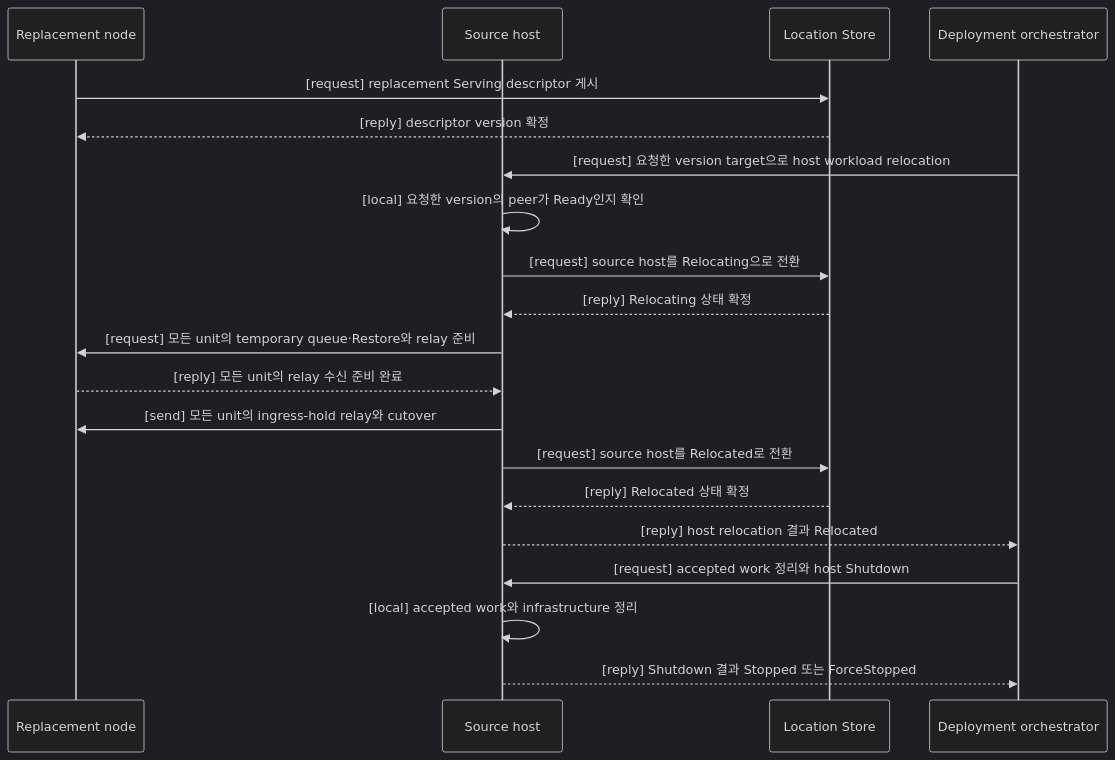
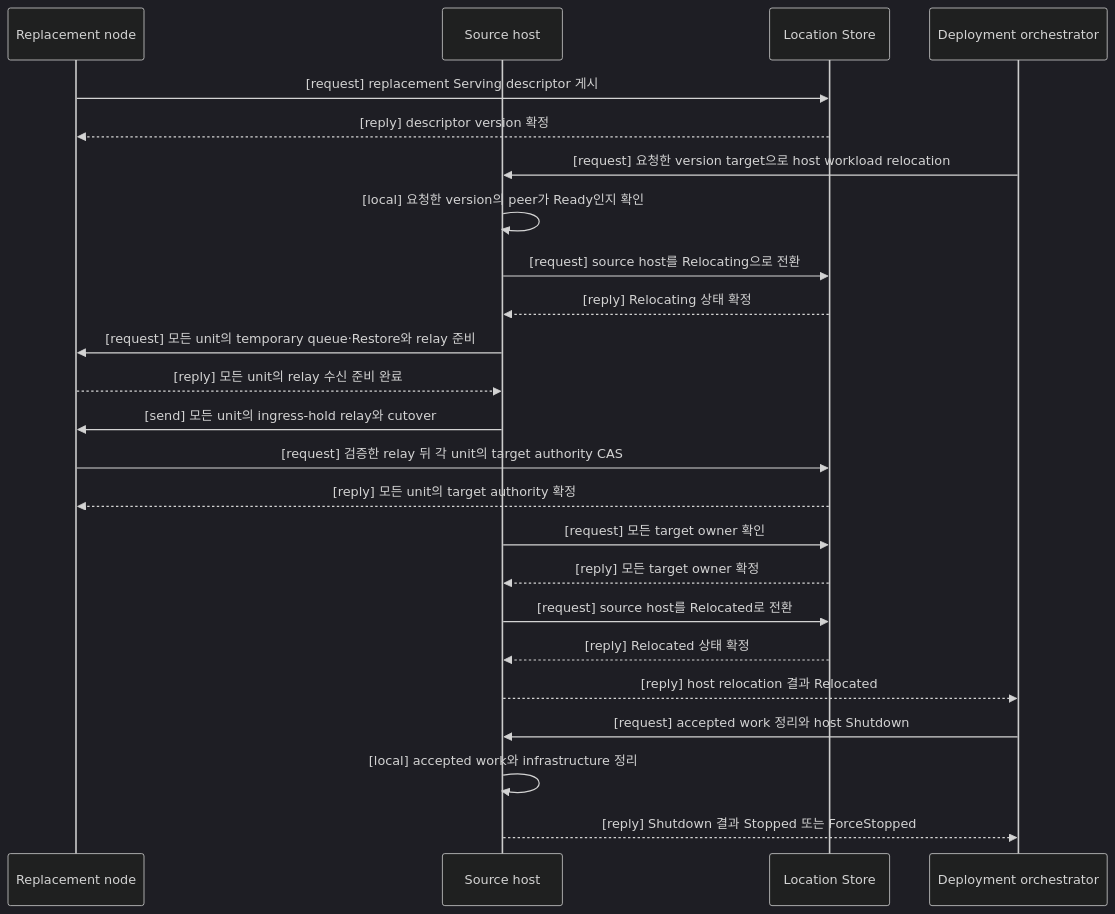
The second of 3 diagrams in framework/doc/framework/common/spec/server/05-location-relocation/05-host-relocation-flow.ko.md (zlink-systems/zlink), drawn with Mermaid (dark theme) before and after one commit. The commit also changed other lines of this file and 73 other files, not shown here.

````diff
--- a/framework/doc/framework/common/spec/server/05-location-relocation/05-host-relocation-flow.ko.md
+++ b/framework/doc/framework/common/spec/server/05-location-relocation/05-host-relocation-flow.ko.md
@@ -310,23 +306,27 @@
 ```mermaid
 sequenceDiagram
     participant Target as Replacement node
     participant Source as Source host
     participant Store as Location Store
     participant App as Deployment orchestrator
 
     Target->>Store: [request] replacement Serving descriptor 게시
     Store-->>Target: [reply] descriptor version 확정
     App->>Source: [request] 요청한 version target으로 host workload relocation
     Source->>Source: [local] 요청한 version의 peer가 Ready인지 확인
     Source->>Store: [request] source host를 Relocating으로 전환
     Store-->>Source: [reply] Relocating 상태 확정
     Source->>Target: [request] 모든 unit의 temporary queue·Restore와 relay 준비
     Target-->>Source: [reply] 모든 unit의 relay 수신 준비 완료
     Source->>Target: [send] 모든 unit의 ingress-hold relay와 cutover
+    Target->>Store: [request] 검증한 relay 뒤 각 unit의 target authority CAS
+    Store-->>Target: [reply] 모든 unit의 target authority 확정
+    Source->>Store: [request] 모든 target owner 확인
+    Store-->>Source: [reply] 모든 target owner 확정
     Source->>Store: [request] source host를 Relocated로 전환
     Store-->>Source: [reply] Relocated 상태 확정
     Source-->>App: [reply] host relocation 결과 Relocated
     App->>Source: [request] accepted work 정리와 host Shutdown
     Source->>Source: [local] accepted work와 infrastructure 정리
     Source-->>App: [reply] Shutdown 결과 Stopped 또는 ForceStopped
 ```
````
